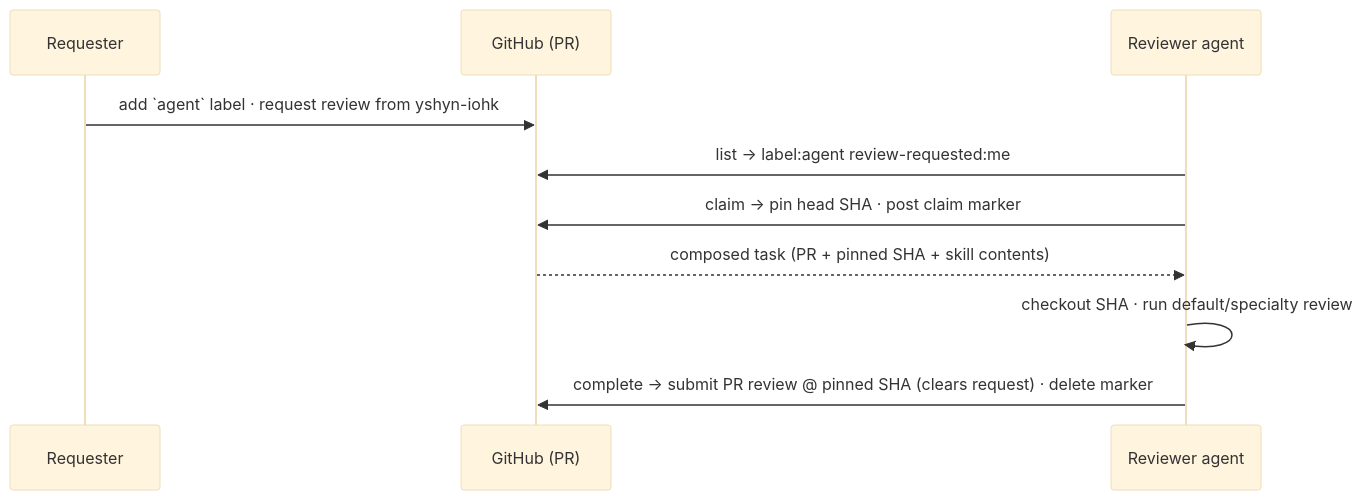
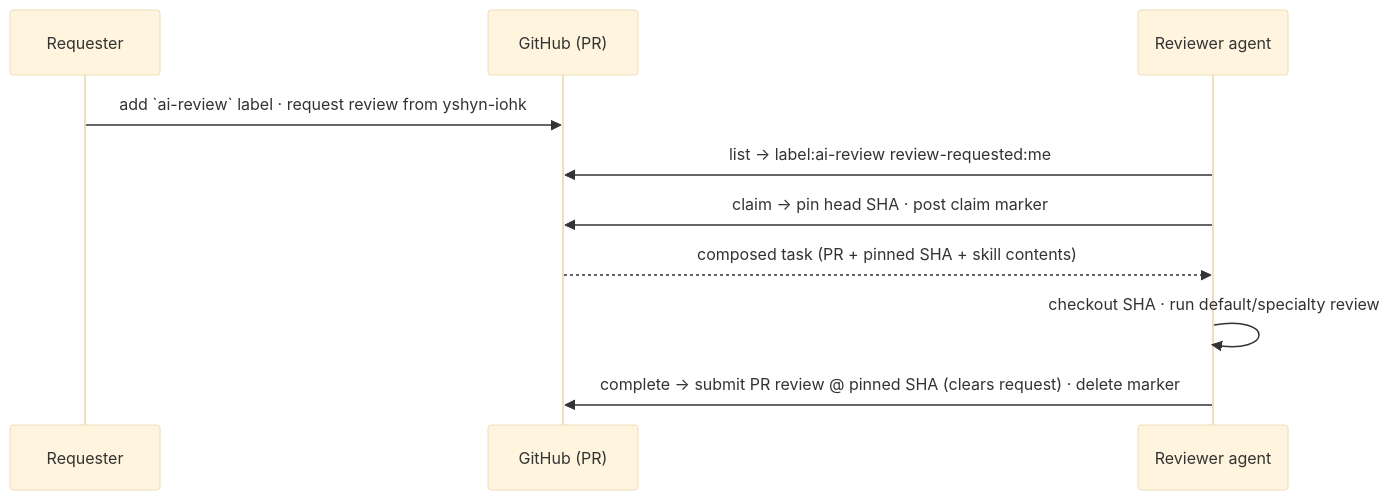
One commit to input-output-hk/agent-peer-review changed the first of 2 diagrams in docs/lifecycle.md. Above: the diagram before and after it, drawn with Mermaid (base theme). The commit also changed other lines of this file and 33 other files, not shown here.

First line of the commit message:
refactor: rename the trigger label from agent to ai-review (#28)

````diff
--- a/docs/lifecycle.md
+++ b/docs/lifecycle.md
@@ -9,12 +9,12 @@
 ```mermaid
 sequenceDiagram
   participant R as Requester
   participant GH as GitHub (PR)
   participant A as Reviewer agent
-  R->>GH: add `agent` label · request review from yshyn-iohk
-  A->>GH: list → label:agent review-requested:me
+  R->>GH: add `ai-review` label · request review from yshyn-iohk
+  A->>GH: list → label:ai-review review-requested:me
   A->>GH: claim → pin head SHA · post claim marker
   GH-->>A: composed task (PR + pinned SHA + skill contents)
   A->>A: checkout SHA · run default/specialty review
   A->>GH: complete → submit PR review @ pinned SHA (clears request) · delete marker
 ```
````
